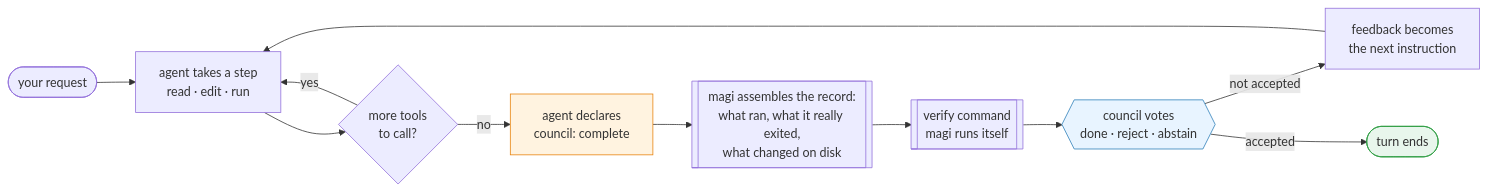
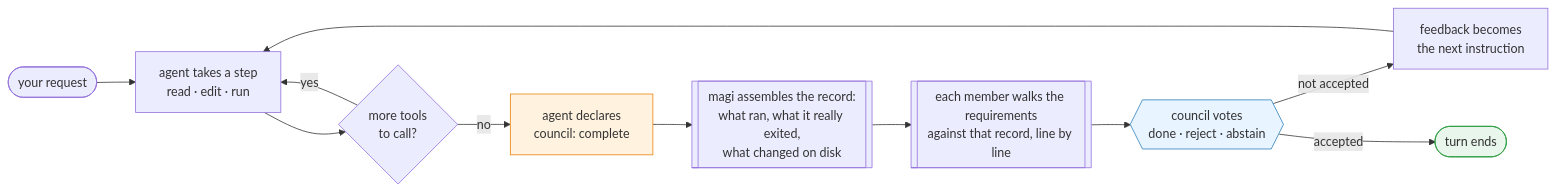
Before and after one commit to sayaya1090/magi: the first of 5 diagrams in README.md, drawn with Mermaid. The commit also changed other lines of this file and 15 other files, not shown here.

````diff
--- a/README.md
+++ b/README.md
@@ -56,16 +56,16 @@
 ```mermaid
 flowchart LR
     P([your request]) --> S[agent takes a step<br/>read · edit · run]
     S --> T{more tools<br/>to call?}
     T -->|yes| S
     T -->|no| D[agent declares<br/>council: complete]
     D --> R[[magi assembles the record:<br/>what ran, what it really exited,<br/>what changed on disk]]
-    R --> V[[verify command<br/>magi runs itself]]
+    R --> V[[each member walks the requirements<br/>against that record, line by line]]
     V --> C{{council votes<br/>done · reject · abstain}}
     C -->|not accepted| F[feedback becomes<br/>the next instruction] --> S
     C -->|accepted| E([turn ends])
 
     style D fill:#fff3e0,stroke:#e8820c
     style C fill:#e8f4ff,stroke:#2c7fb8
     style E fill:#e8f6ec,stroke:#2f9e44
 ```
````
